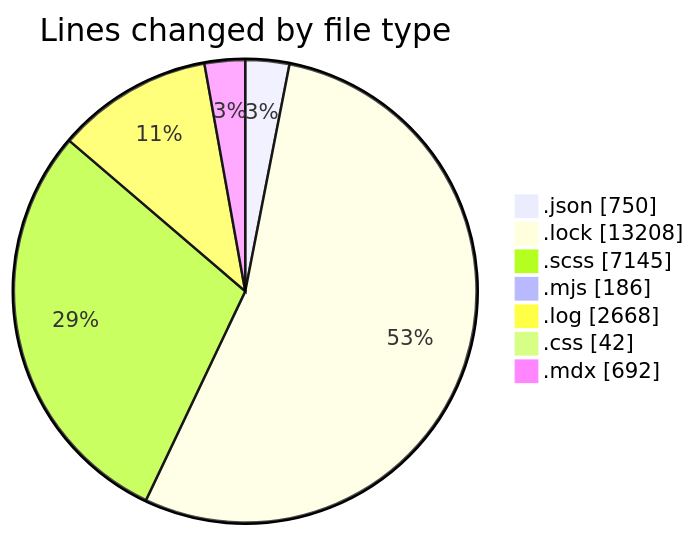
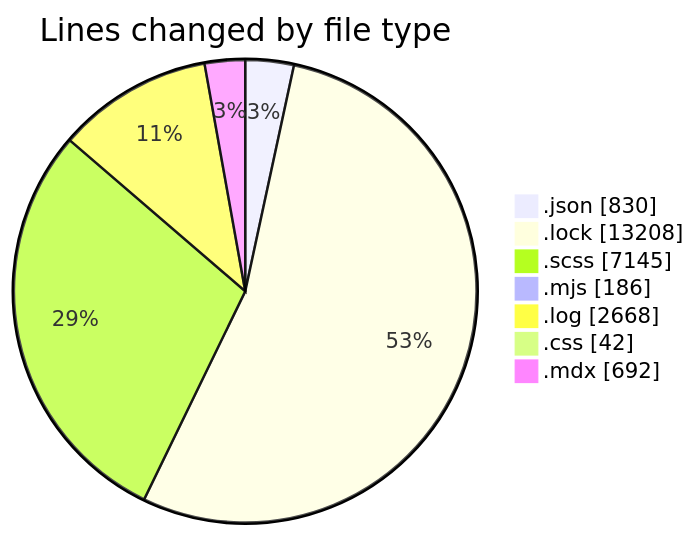
Before and after one commit to momahboobian/code-tracking: the first of 2 diagrams in 2026-01-26/cda/README.md, drawn with Mermaid. The commit also changed other lines of this file and 1 other file, not shown here.

````diff
--- a/2026-01-26/cda/README.md
+++ b/2026-01-26/cda/README.md
@@ -43,11 +44,11 @@
 ```mermaid
 pie showData
 title Lines changed by file type
-".json" : 750
+".json" : 830
 ".lock" : 13208
 ".scss" : 7145
 ".mjs" : 186
 ".log" : 2668
 ".css" : 42
 ".mdx" : 692
 ```
````
